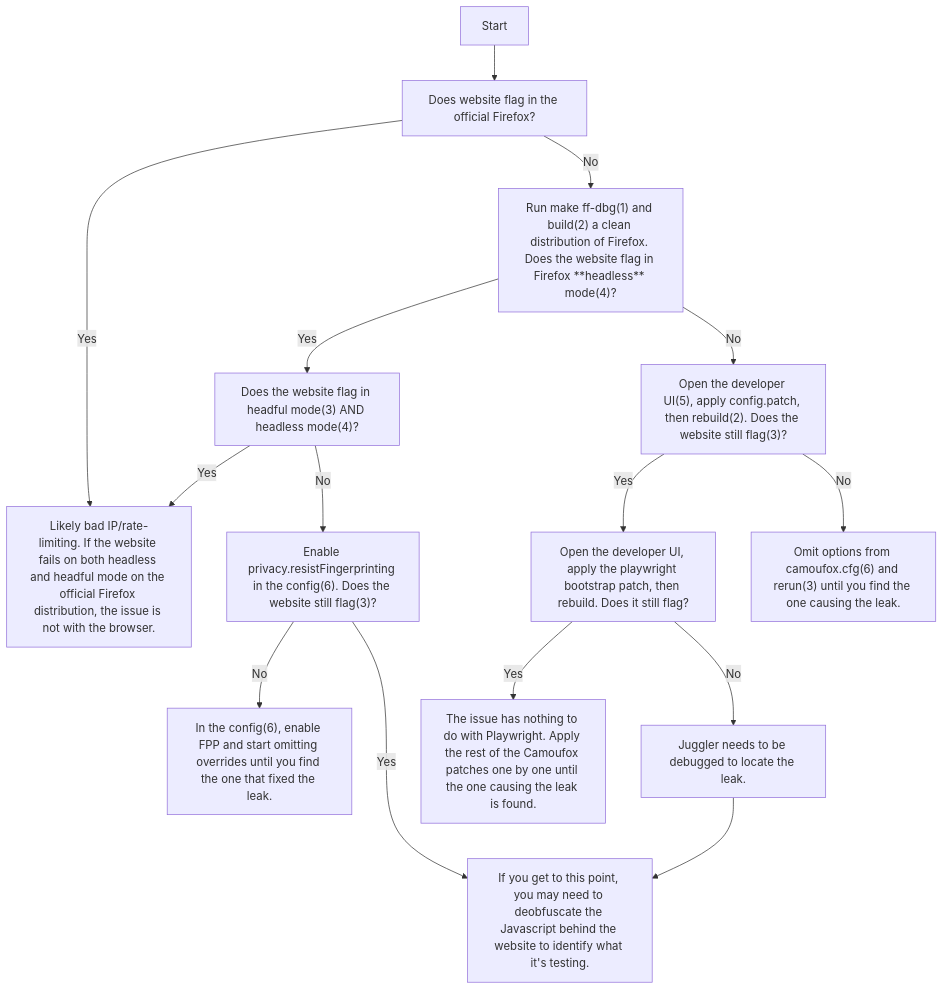
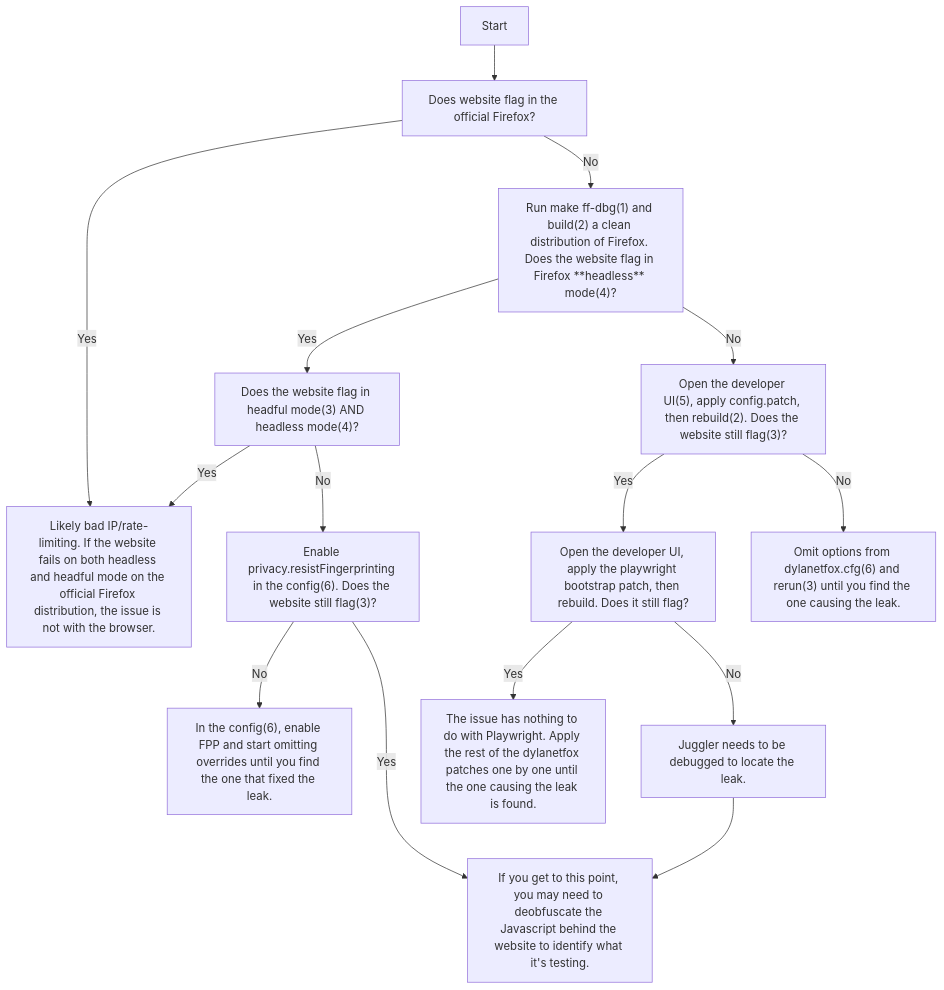
The second of 2 diagrams in README.md (dylanyunlon/dylanetfox), drawn with Mermaid before and after one commit. The commit also changed other lines of this file and 8 other files, not shown here.

````diff
--- a/README.md
+++ b/README.md
@@ -808,17 +628,17 @@
 ```mermaid
 flowchart TD
     A[Start] --> B[Does website flag in the official Firefox?]
     B -->|Yes| C[Likely bad IP/rate-limiting. If the website fails on both headless and headful mode on the official Firefox distribution, the issue is not with the browser.]
     B -->|No| D["Run make ff-dbg(1) and build(2) a clean distribution of Firefox. Does the website flag in Firefox **headless** mode(4)?"]
     D -->|Yes| E["Does the website flag in headful mode(3) AND headless mode(4)?"]
     D -->|No| F["Open the developer UI(5), apply config.patch, then rebuild(2). Does the website still flag(3)?"]
     E -->|No| G["Enable privacy.resistFingerprinting in the config(6). Does the website still flag(3)?"]
     E -->|Yes| C
     G -->|No| H["In the config(6), enable FPP and start omitting overrides until you find the one that fixed the leak."]
     G -->|Yes| I[If you get to this point, you may need to deobfuscate the Javascript behind the website to identify what it's testing.]
     F -->|Yes| K["Open the developer UI, apply the playwright bootstrap patch, then rebuild. Does it still flag?"]
-    F -->|No| J["Omit options from camoufox.cfg(6) and rerun(3) until you find the one causing the leak."]
+    F -->|No| J["Omit options from dylanetfox.cfg(6) and rerun(3) until you find the one causing the leak."]
     K -->|No| M[Juggler needs to be debugged to locate the leak.]
-    K -->|Yes| L[The issue has nothing to do with Playwright. Apply the rest of the Camoufox patches one by one until the one causing the leak is found.]
+    K -->|Yes| L[The issue has nothing to do with Playwright. Apply the rest of the dylanetfox patches one by one until the one causing the leak is found.]
     M --> I
 ```
````
